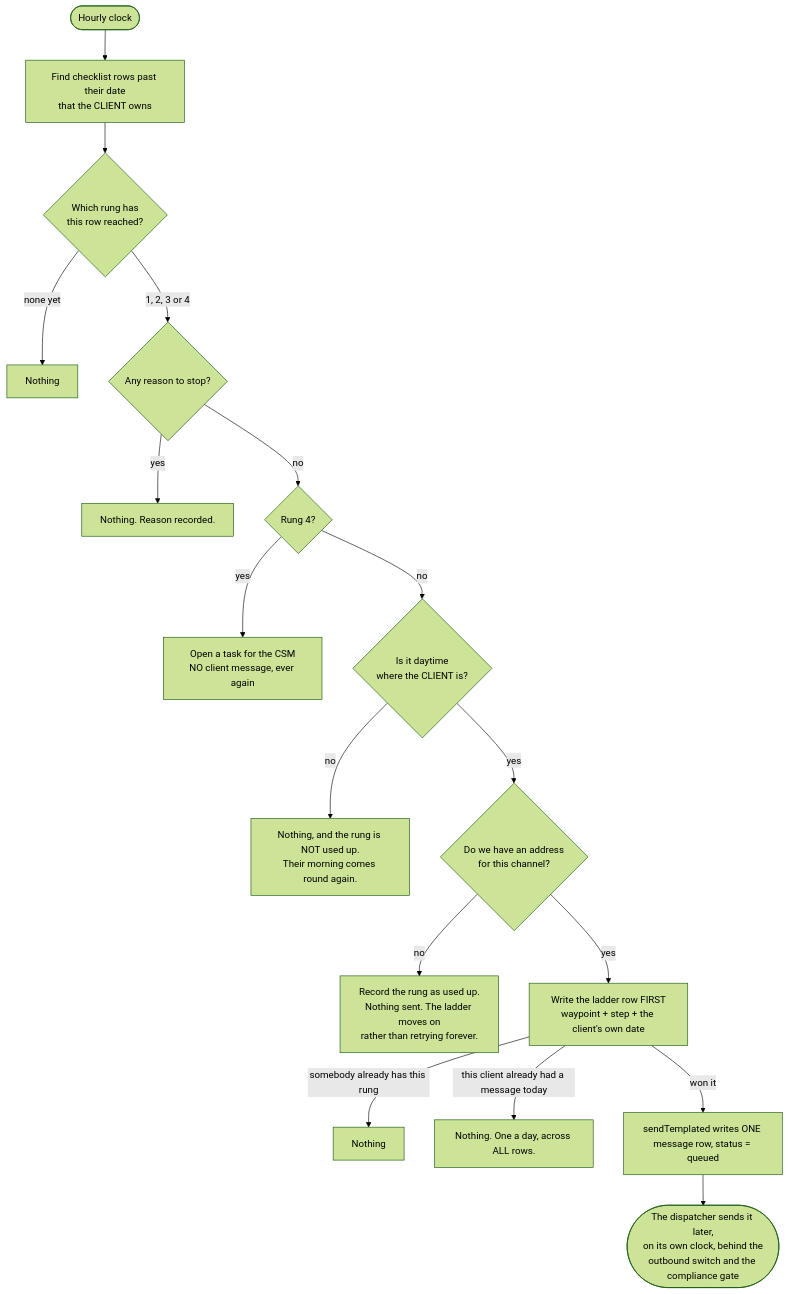
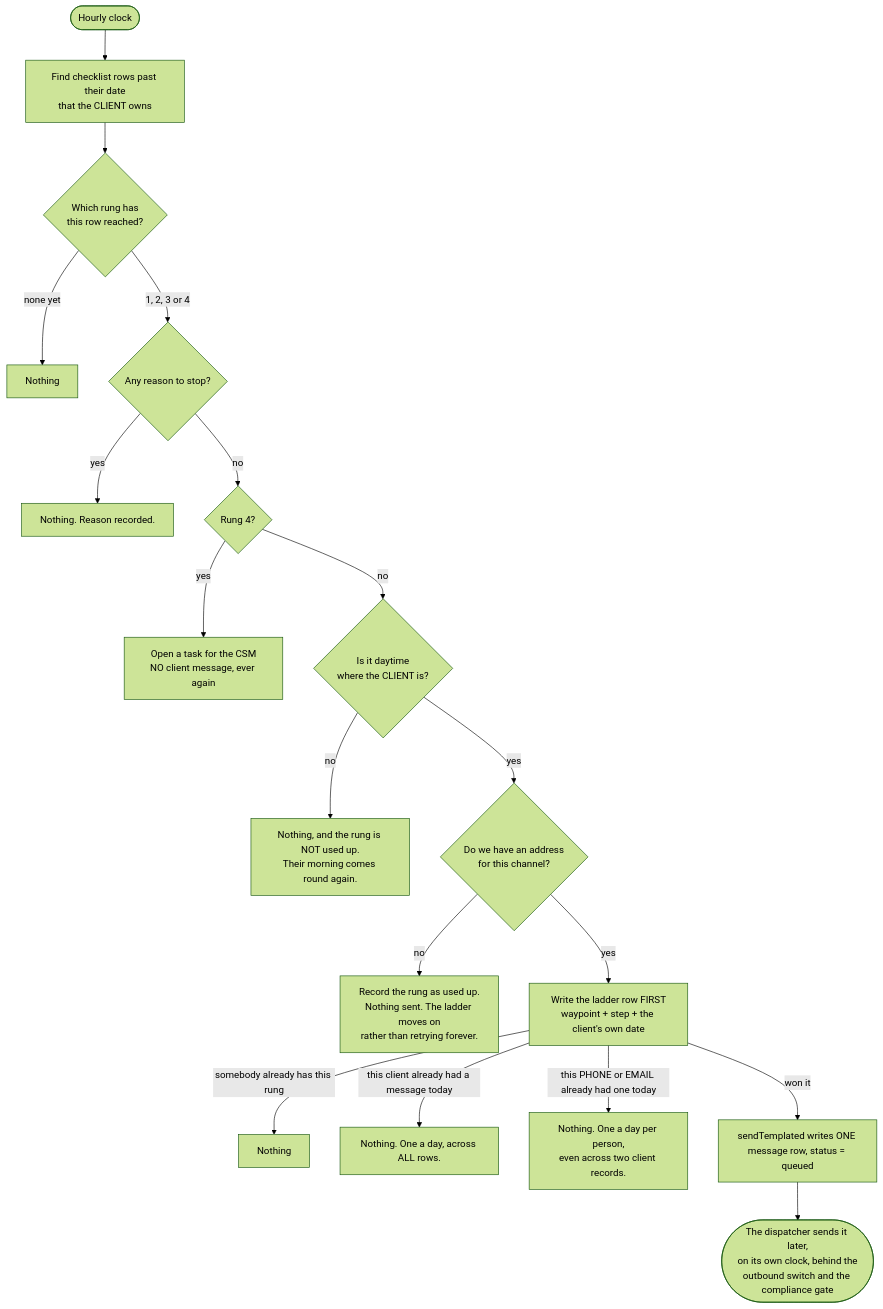
The first of 3 diagrams in docs/journeys/waypoint-nudge-actual.md (ZootimusMaximusSupreme/Fundhub_ai), drawn with Mermaid (forest theme) before and after one commit. The commit also changed other lines of this file and 14 other files, not shown here.

````diff
--- a/docs/journeys/waypoint-nudge-actual.md
+++ b/docs/journeys/waypoint-nudge-actual.md
@@ -36,25 +36,26 @@
 ```mermaid
 flowchart TD
     CRON([Hourly clock]) --> PLAN[Find checklist rows past their date<br/>that the CLIENT owns]
     PLAN --> RUNG{Which rung has<br/>this row reached?}
     RUNG -->|none yet| STOP1[Nothing]
     RUNG -->|1, 2, 3 or 4| EXITS{Any reason to stop?}
 
     EXITS -->|yes| STOP2[Nothing. Reason recorded.]
     EXITS -->|no| KIND{Rung 4?}
 
     KIND -->|yes| TASK[Open a task for the CSM<br/>NO client message, ever again]
     KIND -->|no| DAY{Is it daytime<br/>where the CLIENT is?}
 
     DAY -->|no| STOP3[Nothing, and the rung is NOT used up.<br/>Their morning comes round again.]
     DAY -->|yes| ADDR{Do we have an address<br/>for this channel?}
 
     ADDR -->|no| SKIP[Record the rung as used up.<br/>Nothing sent. The ladder moves on<br/>rather than retrying forever.]
     ADDR -->|yes| CLAIM[Write the ladder row FIRST<br/>waypoint + step + the client's own date]
 
     CLAIM -->|somebody already has this rung| STOP4[Nothing]
     CLAIM -->|this client already had a message today| STOP5[Nothing. One a day, across ALL rows.]
+    CLAIM -->|this PHONE or EMAIL already had one today| STOP6[Nothing. One a day per person,<br/>even across two client records.]
     CLAIM -->|won it| QUEUE[sendTemplated writes ONE message row, status = queued]
 
     QUEUE --> DISPATCH([The dispatcher sends it later,<br/>on its own clock, behind the<br/>outbound switch and the compliance gate])
 ```
````
